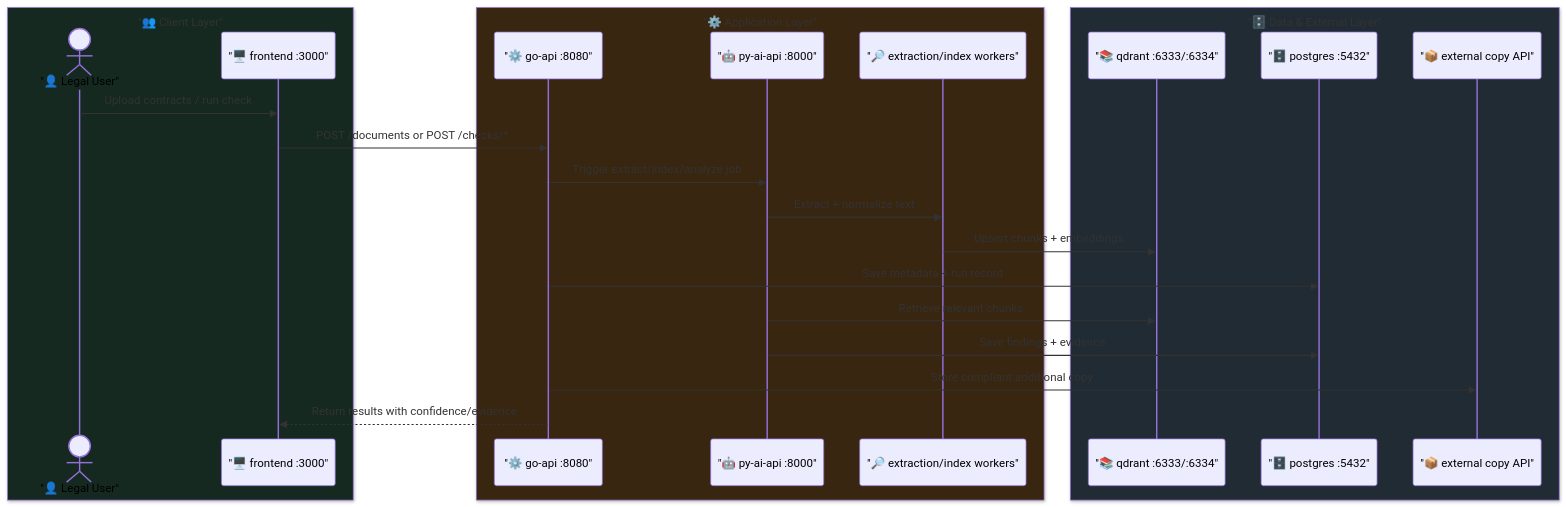
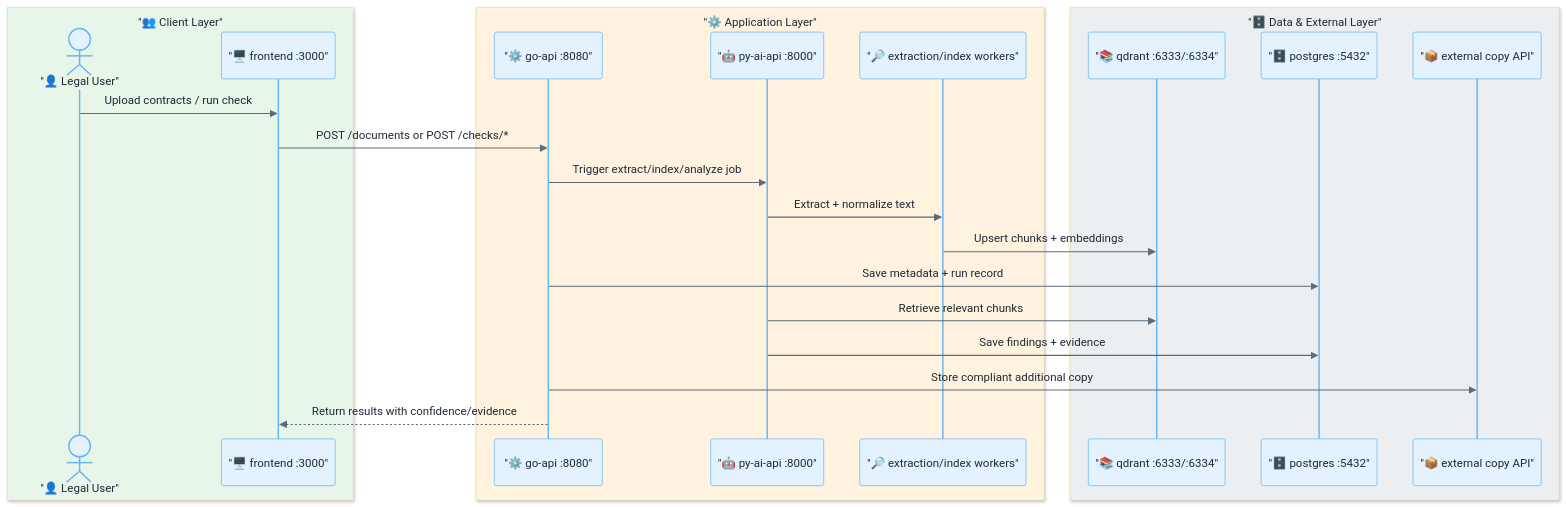
One commit to toswari/intellegal changed the second of 3 diagrams in README.md. Above: the diagram before and after it, drawn with Mermaid. The commit also changed other lines of this file, not shown here.

Commit message:
style: update Mermaid diagram themes and color schemes in README for improved readability

````diff
--- a/README.md
+++ b/README.md
@@ -167,28 +168,29 @@
 ```mermaid
+%%{init: {'theme': 'base', 'themeVariables': { 'primaryTextColor': '#1F2937', 'actorTextColor': '#1F2937', 'actorBkg': '#E3F2FD', 'actorBorder': '#64B5F6', 'activationBorderColor': '#5B6B7A', 'activationBkgColor': '#F3F4F6', 'sequenceNumberColor': '#1F2937', 'signalColor': '#5B6B7A', 'signalTextColor': '#1F2937', 'labelBoxBkgColor': '#F8FAFC', 'labelBoxBorderColor': '#94A3B8', 'labelTextColor': '#1F2937', 'loopTextColor': '#1F2937', 'noteTextColor': '#1F2937', 'noteBkgColor': '#FFF7D6', 'noteBorderColor': '#F2C94C', 'fontFamily': 'Inter, Segoe UI, sans-serif' }}}%%
 sequenceDiagram
-    box rgb(21,41,32) "👥 Client Layer"
+    box rgb(232,245,233) "👥 Client Layer"
         actor User as "👤 Legal User"
         participant UI as "🖥️ frontend :3000"
     end
-    box rgb(56,38,17) "⚙️ Application Layer"
+    box rgb(255,243,224) "⚙️ Application Layer"
         participant API as "⚙️ go-api :8080"
         participant AI as "🤖 py-ai-api :8000"
         participant X as "🔎 extraction/index workers"
     end
-    box rgb(33,43,51) "🗄️ Data & External Layer"
+    box rgb(236,239,241) "🗄️ Data & External Layer"
         participant Q as "📚 qdrant :6333/:6334"
         participant DB as "🗄️ postgres :5432"
         participant C as "📦 external copy API"
     end
 
     User->>UI: Upload contracts / run check
     UI->>API: POST /documents or POST /checks/*
     API->>AI: Trigger extract/index/analyze job
     AI->>X: Extract + normalize text
     X->>Q: Upsert chunks + embeddings
     API->>DB: Save metadata + run record
     AI->>Q: Retrieve relevant chunks
     AI->>DB: Save findings + evidence
     API->>C: Store compliant additional copy
     API-->>UI: Return results with confidence/evidence
 ```
````
